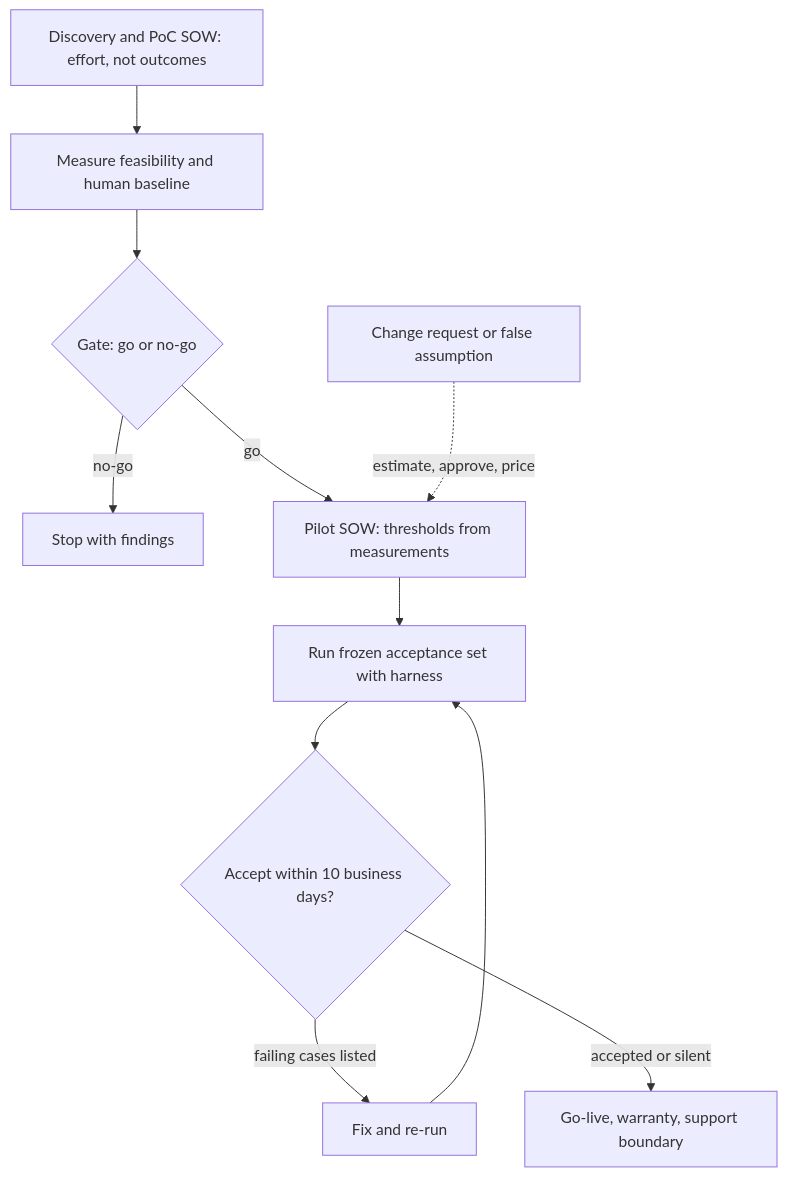
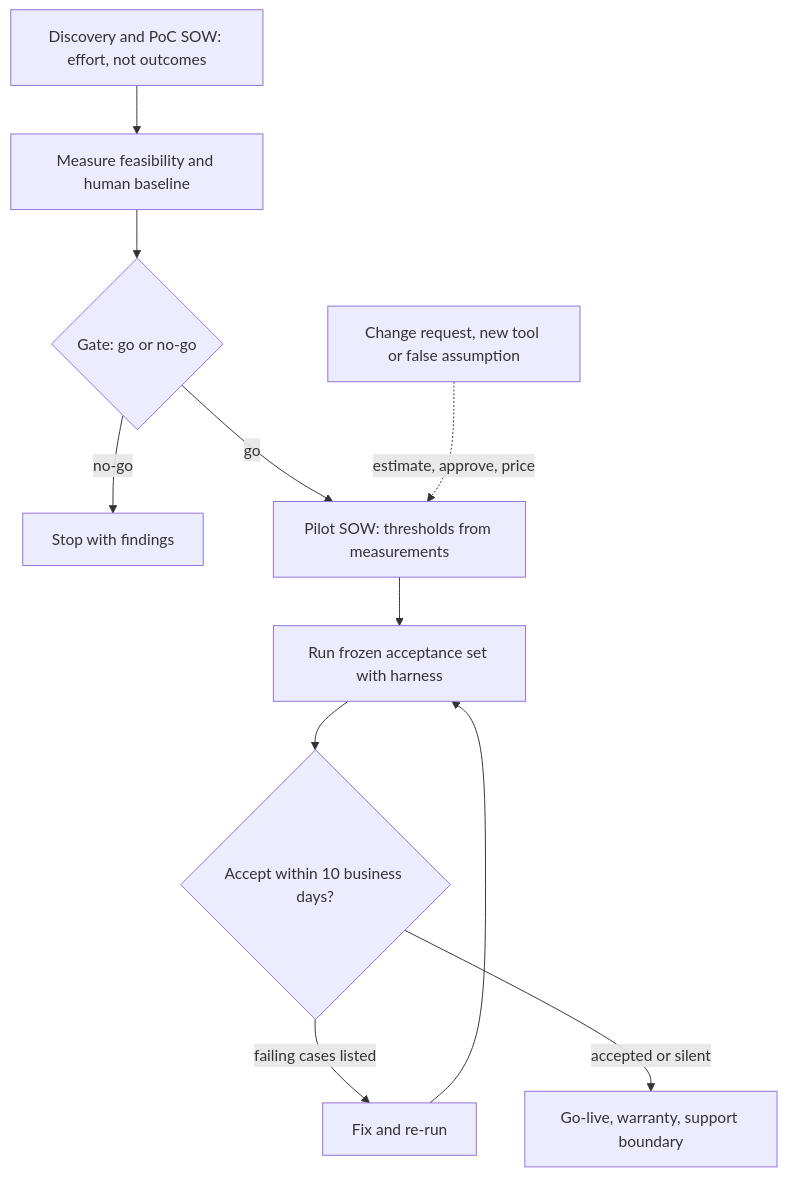
Before and after one commit to lovishmahajan97/agentic-learning: the diagram in content/scoping/statement-of-work.md, drawn with Mermaid. The commit also changed other lines of this file and 485 other files, not shown here.

````diff
--- a/content/scoping/statement-of-work.md
+++ b/content/scoping/statement-of-work.md
@@ -99,13 +115,13 @@
 ```mermaid
 flowchart TD
     D["Discovery and PoC SOW: effort, not outcomes"] --> M["Measure feasibility and human baseline"]
     M --> G1{"Gate: go or no-go"}
     G1 -->|"no-go"| X["Stop with findings"]
     G1 -->|"go"| P["Pilot SOW: thresholds from measurements"]
     P --> A["Run frozen acceptance set with harness"]
     A --> G2{"Accept within 10 business days?"}
     G2 -->|"failing cases listed"| F["Fix and re-run"]
     F --> A
     G2 -->|"accepted or silent"| W["Go-live, warranty, support boundary"]
-    CR["Change request or false assumption"] -.->|"estimate, approve, price"| P
+    CR["Change request, new tool or false assumption"] -.->|"estimate, approve, price"| P
 ```
````
